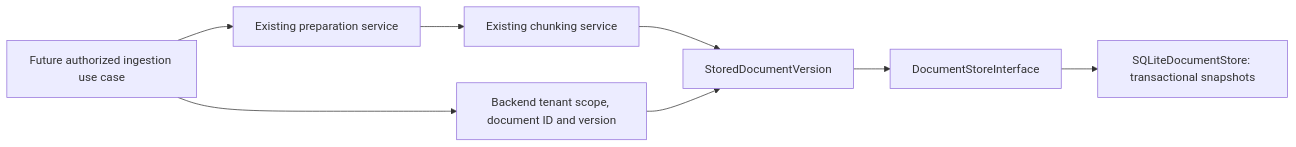
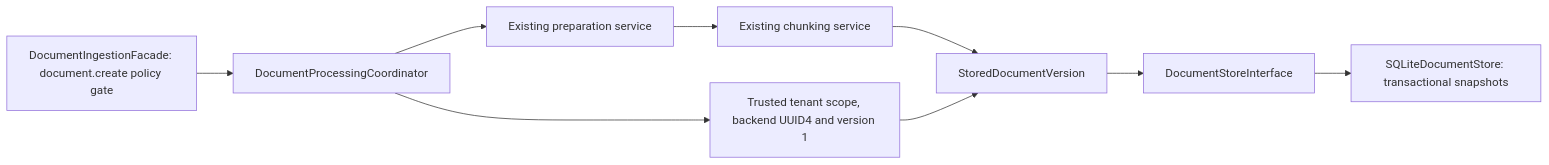
The diagram in docs/architecture/document-storage.md (khushal075/crewos), drawn with Mermaid before and after one commit. The commit also changed other lines of this file and 8 other files, not shown here.

First line of the commit message:
feat: separate authorized ingestion facade from processing coordination

````diff
--- a/docs/architecture/document-storage.md
+++ b/docs/architecture/document-storage.md
@@ -7,10 +7,11 @@
 ```mermaid
 flowchart LR
-    Auth[Future authorized ingestion use case] --> Prep[Existing preparation service]
+    Auth[DocumentIngestionFacade: document.create policy gate] --> Coordinator[DocumentProcessingCoordinator]
+    Coordinator --> Prep[Existing preparation service]
     Prep --> Chunk[Existing chunking service]
     Chunk --> Snapshot[StoredDocumentVersion]
-    Auth --> Identity[Backend tenant scope, document ID and version]
+    Coordinator --> Identity[Trusted tenant scope, backend UUID4 and version 1]
     Identity --> Snapshot
     Snapshot --> Interface[DocumentStoreInterface]
     Interface --> DB[SQLiteDocumentStore: transactional snapshots]
 ```
````
